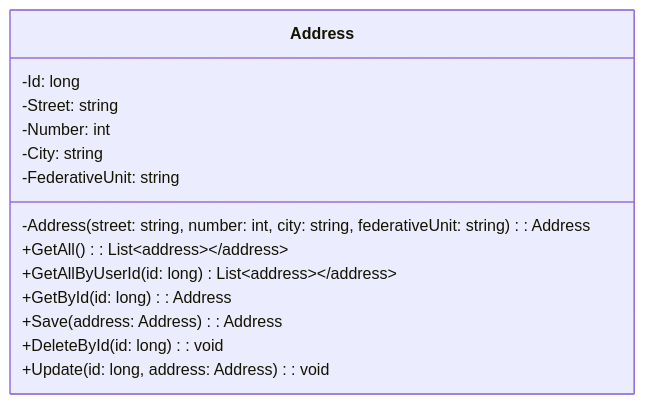
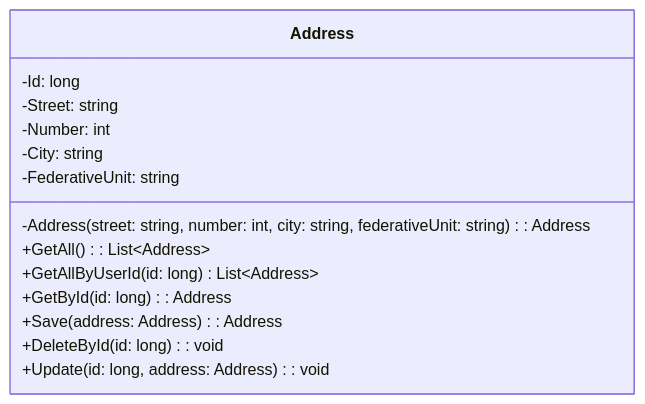
Before and after one commit to AndreLucas0/diagrama-de-classes-projeto-integrador: the fifth of 17 diagrams in Classes.md, drawn with Mermaid. The commit also changed other lines of this file, not shown here.

````diff
--- a/Classes.md
+++ b/Classes.md
@@ -50,17 +50,17 @@
 ```mermaid
 classDiagram
     class Address {
         -Id: long
         -Street: string
         -Number: int
         -City: string
         -FederativeUnit: string
         -Address (street: string, number: int, city: string, federativeUnit: string): Address
-        +GetAll (): List<Address>
-        +GetAllByUserId (id: long) List<Address>
+        +GetAll (): List&lt;Address&gt;
+        +GetAllByUserId (id: long) List&lt;Address&gt;
         +GetById (id: long): Address
         +Save (address: Address): Address
         +DeleteById (id: long): void
         +Update (id: long, address: Address): void
     }
 ```
````
